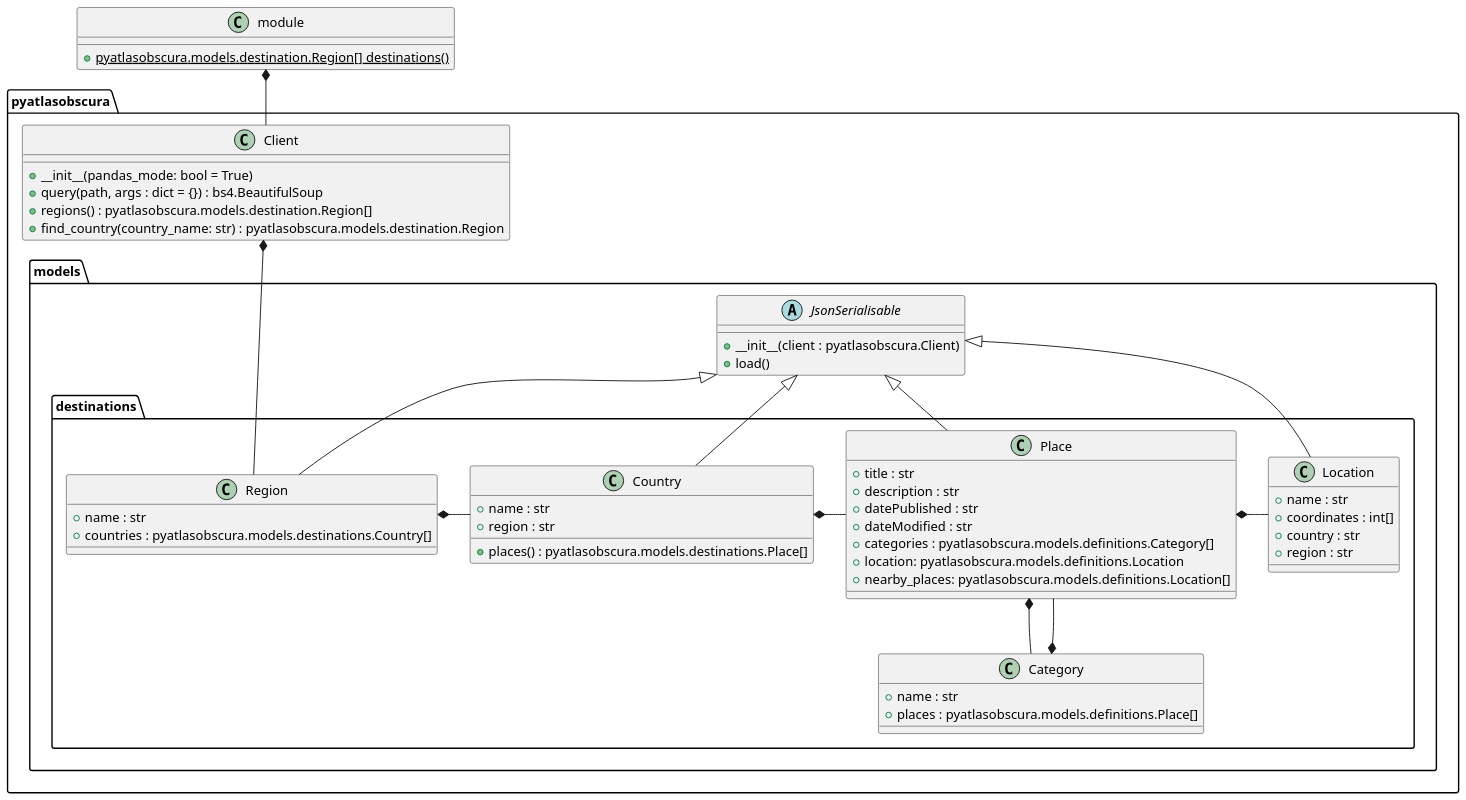
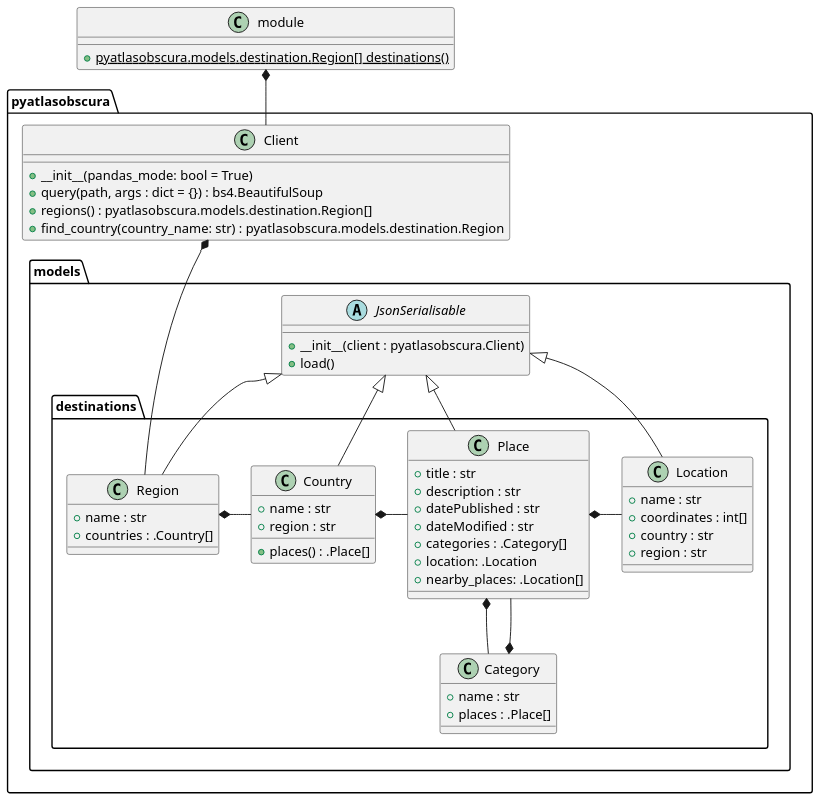
One commit to drewsonne/pyatlasobscura changed the diagram in docs/diagrams/pyatlasobscura.puml. Above: the diagram before and after it, drawn with PlantUML.

Commit message:
Remove redundant namespace

```diff
--- a/docs/diagrams/pyatlasobscura.puml
+++ b/docs/diagrams/pyatlasobscura.puml
@@ -1,70 +1,70 @@
 @startuml
 scale 2160*1139
 set namespaceSeparator .
 
 
 class module {
     + {static} pyatlasobscura.models.destination.Region[] destinations()
 }
 
 class pyatlasobscura.Client {
     + __init__(pandas_mode: bool = True)
     + query(path, args : dict = {}) : bs4.BeautifulSoup
     + regions() : pyatlasobscura.models.destination.Region[]
     + find_country(country_name: str) : pyatlasobscura.models.destination.Region
 }
 
 abstract class pyatlasobscura.models.JsonSerialisable {
     + __init__(client : pyatlasobscura.Client)
     + load()
 }
 
 class pyatlasobscura.models.destinations.Location {
     + name : str
     + coordinates : int[]
     + country : str
     + region : str
 }
 
 class pyatlasobscura.models.destinations.Region {
     + name : str
-    + countries : pyatlasobscura.models.destinations.Country[]
+    + countries : .Country[]
 }
 
 class pyatlasobscura.models.destinations.Country {
     + name : str
     + region : str
-    + places() : pyatlasobscura.models.destinations.Place[]
+    + places() : .Place[]
 }
 
 class pyatlasobscura.models.destinations.Place {
     + title : str
     + description : str
     + datePublished : str
     + dateModified : str
-    + categories : pyatlasobscura.models.definitions.Category[]
-    + location: pyatlasobscura.models.definitions.Location
-    + nearby_places: pyatlasobscura.models.definitions.Location[]
+    + categories : .Category[]
+    + location: .Location
+    + nearby_places: .Location[]
 }
 
 class pyatlasobscura.models.destinations.Category {
     + name : str
-    + places : pyatlasobscura.models.definitions.Place[]
+    + places : .Place[]
 }
 
 module *-- pyatlasobscura.Client
 
 pyatlasobscura.models.JsonSerialisable <|-- pyatlasobscura.models.destinations.Region
 pyatlasobscura.models.JsonSerialisable <|-- pyatlasobscura.models.destinations.Country
 pyatlasobscura.models.JsonSerialisable <|-- pyatlasobscura.models.destinations.Place
 pyatlasobscura.models.JsonSerialisable <|-- pyatlasobscura.models.destinations.Location
 
 pyatlasobscura.models.destinations.Region *- pyatlasobscura.models.destinations.Country
 pyatlasobscura.models.destinations.Country *- pyatlasobscura.models.destinations.Place
 pyatlasobscura.models.destinations.Place *- pyatlasobscura.models.destinations.Location
 pyatlasobscura.models.destinations.Place *-- pyatlasobscura.models.destinations.Category
 pyatlasobscura.models.destinations.Category *-- pyatlasobscura.models.destinations.Place
 
 pyatlasobscura.Client *--- pyatlasobscura.models.destinations.Region
 
 @enduml
```
